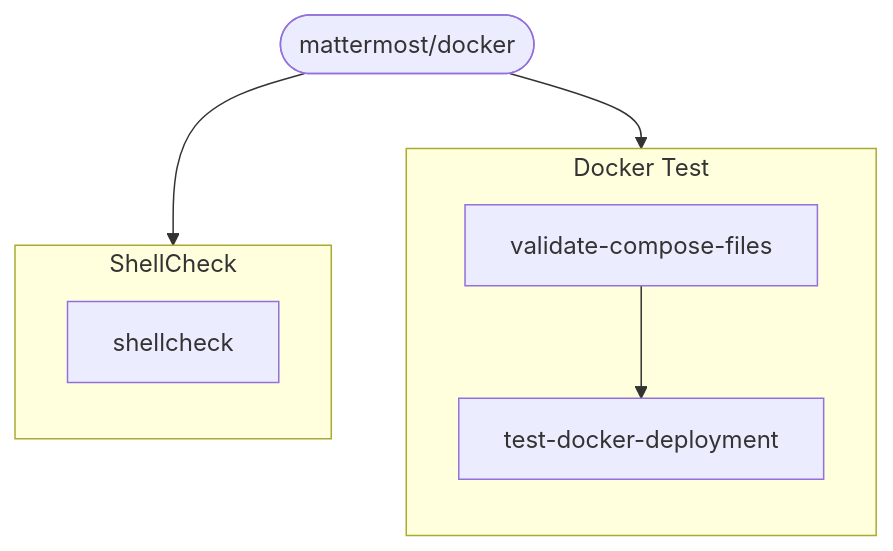
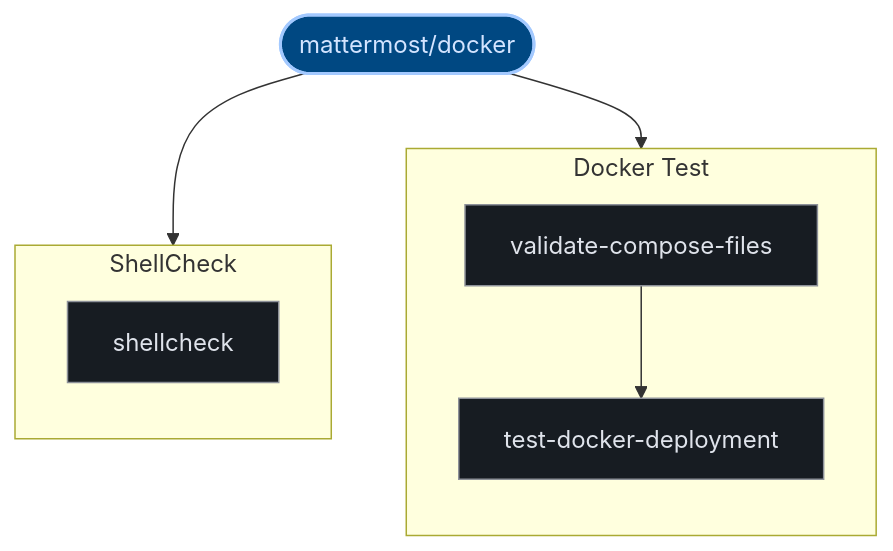
The third of 3 diagrams in exports/latest/reports/mattermost-docker-report.md (kumarshaz/atruss-code-atlas), drawn with Mermaid before and after one commit. The commit also changed other lines of this file and 331 other files, not shown here.

Commit message:
docs,ui,fix: update SDLC docs, reorder CI/CD DAG first, stylize Mermaid, and fix Arc42 pipeline topology

````diff
--- a/exports/latest/reports/mattermost-docker-report.md
+++ b/exports/latest/reports/mattermost-docker-report.md
@@ -119,16 +130,23 @@
 ```mermaid
 graph TD;
-  pipeline_root(["mattermost/docker"])
+  classDef atlasRoot fill:#004882,stroke:#a3c9ff,stroke-width:2px,color:#d3e4ff
+  classDef atlasCategory fill:#212428,stroke:#E87A48,stroke-width:1.5px,color:#dfe3eb
+  classDef atlasWorkflow fill:#1b2026,stroke:#a3c9ff,stroke-width:1.5px,color:#dfe3eb
+  classDef atlasJob fill:#171c22,stroke:#8d9199,stroke-width:1px,color:#dfe3eb
+  classDef atlasTarget fill:#005227,stroke:#8bd99b,stroke-width:1.5px,color:#a7f6b6
+  classDef atlasAlert fill:#93000a,stroke:#ffb4ab,stroke-width:1.5px,color:#ffdad6
+  classDef atlasMore fill:#252a31,stroke:#8d9199,stroke-dasharray:4 4,color:#c3c6cf
+  pipeline_root(["mattermost/docker"]):::atlasRoot
   subgraph Docker_Test_0["Docker Test"]
     direction TB
-    0_validate_compose_files["validate-compose-files"]
-    0_test_docker_deployment["test-docker-deployment"]
+    0_validate_compose_files["validate-compose-files"]:::atlasJob
+    0_test_docker_deployment["test-docker-deployment"]:::atlasJob
     0_validate_compose_files --> 0_test_docker_deployment
   end
   pipeline_root --> 0_validate_compose_files
   subgraph ShellCheck_1["ShellCheck"]
     direction TB
-    1_shellcheck["shellcheck"]
+    1_shellcheck["shellcheck"]:::atlasJob
   end
   pipeline_root --> 1_shellcheck
 ```
````
